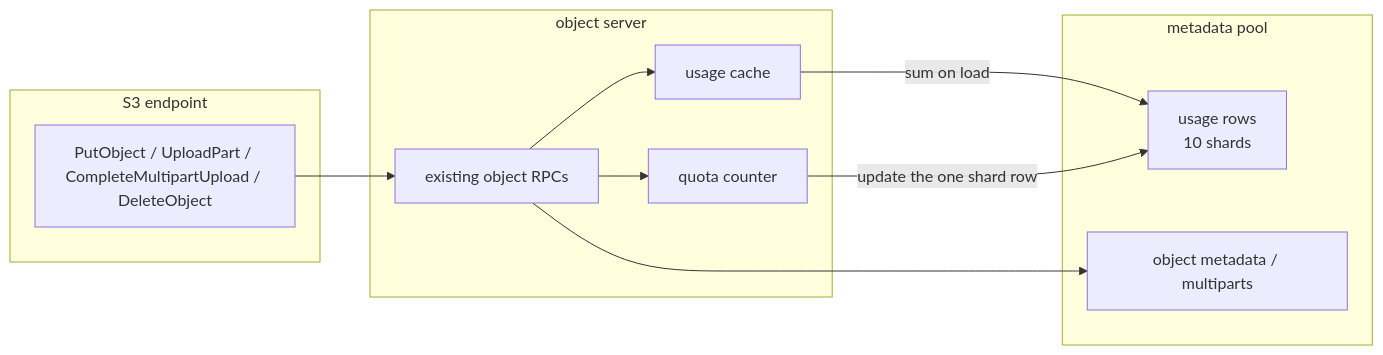
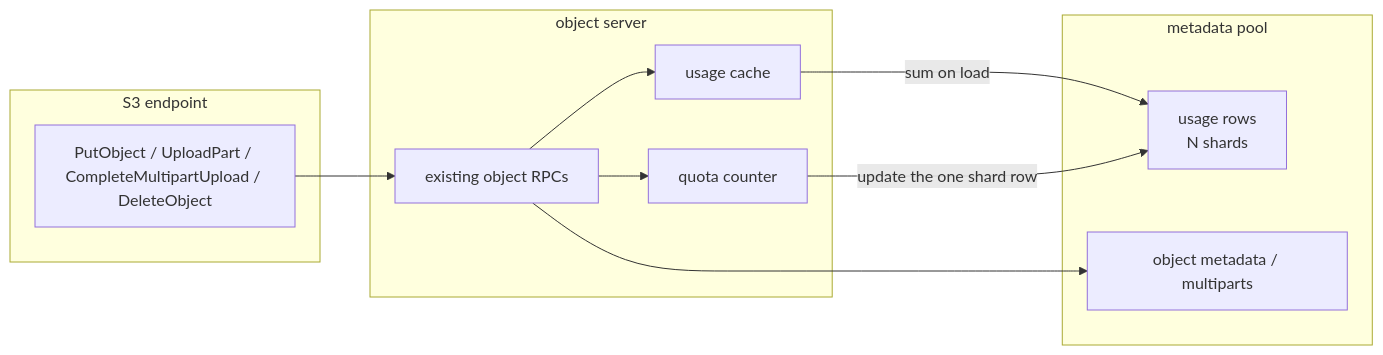
The first of 2 diagrams in docs/design/strict-quota.md (noobaa/noobaa-core), drawn with Mermaid before and after one commit. The commit also changed other lines of this file, not shown here.

````diff
--- a/docs/design/strict-quota.md
+++ b/docs/design/strict-quota.md
@@ -159,21 +159,21 @@
 ```mermaid
 flowchart LR
     subgraph endpoint["S3 endpoint"]
         S3["PutObject / UploadPart / CompleteMultipartUpload / DeleteObject"]
     end
     subgraph objectServer["object server"]
         OS["existing object RPCs"]
         Cache["usage cache"]
         Counter["quota counter"]
     end
     subgraph md["metadata pool"]
-        BQ["usage rows\n10 shards"]
+        BQ["usage rows\nN shards"]
         OBJ["object metadata / multiparts"]
     end
     S3 --> OS
     OS --> Cache
     OS --> Counter
     Cache -->|"sum on load"| BQ
     Counter -->|"update the one shard row"| BQ
     OS --> OBJ
 ```
````
